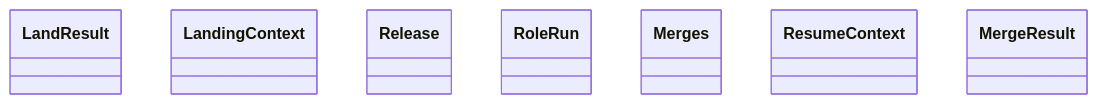
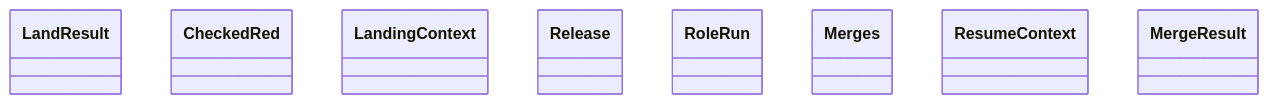
Before and after one commit to GonzaloZevallos/agentic-system: the diagram in docs/architecture/generated/classes-process-application-landing.md, drawn with Mermaid. The commit also changed 1 other file, not shown here.

Commit message:
Regenerate the architecture docs for the red-check detail

````diff
--- a/docs/architecture/generated/classes-process-application-landing.md
+++ b/docs/architecture/generated/classes-process-application-landing.md
@@ -17,10 +17,11 @@
 ```mermaid
 classDiagram
     class landing__LandResult["LandResult"]
+    class landing_adr__CheckedRed["CheckedRed"]
     class landing_plan__LandingContext["LandingContext"]
     class landing_plan__Release["Release"]
     class landing_plan__RoleRun["RoleRun"]
     class landing_sync__Merges["Merges"]
     class landing_sync__ResumeContext["ResumeContext"]
     class merge__MergeResult["MergeResult"]
 ```
````
